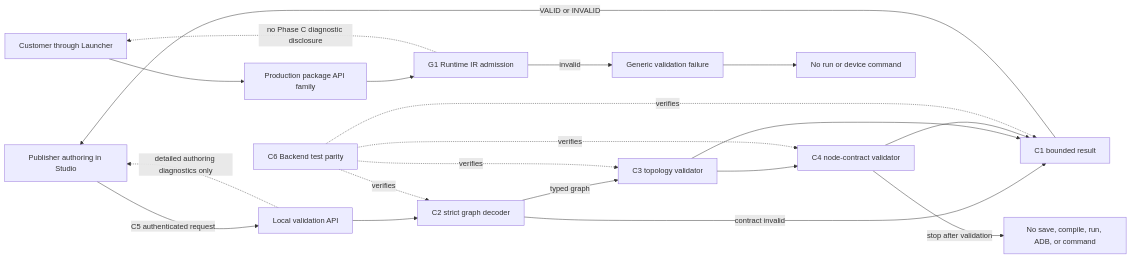
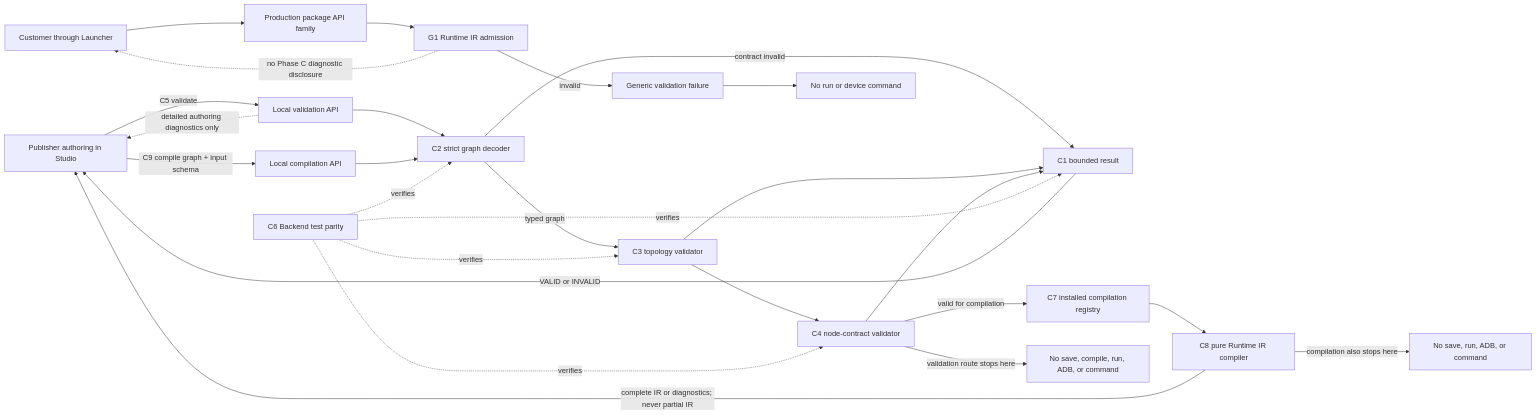
One commit to A2MaTex/a2matex-docs changed the diagram in components/a2matex-runtime/phases/phase_c.md. Above: the diagram before and after it, drawn with Mermaid. The commit also changed other lines of this file and 31 other files, not shown here.

Commit message:
specify runtime process ownership, runtime ir compilation responsibility

````diff
--- a/components/a2matex-runtime/phases/phase_c.md
+++ b/components/a2matex-runtime/phases/phase_c.md
@@ -9,25 +10,31 @@
 ```mermaid
 flowchart LR
-    Studio[Publisher authoring in Studio] -->|C5 authenticated request| API[Local validation API]
+    Studio[Publisher authoring in Studio] -->|C5 validate| API[Local validation API]
+    Studio -->|C9 compile graph + input schema| CompileAPI[Local compilation API]
     API --> C2[C2 strict graph decoder]
+    CompileAPI --> C2
     C2 -->|contract invalid| C1[C1 bounded result]
     C2 -->|typed graph| C3[C3 topology validator]
     C3 --> C4[C4 node-contract validator]
     C3 --> C1
     C4 --> C1
     C1 -->|VALID or INVALID| Studio
+    C4 -->|valid for compilation| C7[C7 installed compilation registry]
+    C7 --> C8[C8 pure Runtime IR compiler]
+    C8 -->|complete IR or diagnostics; never partial IR| Studio
     C6[C6 Backend test parity] -. verifies .-> C1
     C6 -. verifies .-> C2
     C6 -. verifies .-> C3
     C6 -. verifies .-> C4
 
-    C4 -->|stop after validation| Stop[No save, compile, run, ADB, or command]
+    C4 -->|validation route stops here| Stop[No save, compile, run, ADB, or command]
+    C8 -->|compilation also stops here| NoEffects[No save, run, ADB, or command]
 
     Launcher[Customer through Launcher] --> ProdAPI[Production package API family]
     ProdAPI --> G1[G1 Runtime IR admission]
     G1 -->|invalid| Generic[Generic validation failure]
     Generic --> NoRun[No run or device command]
 
     API -. detailed authoring diagnostics only .-> Studio
     G1 -. no Phase C diagnostic disclosure .-> Launcher
 ```
````
